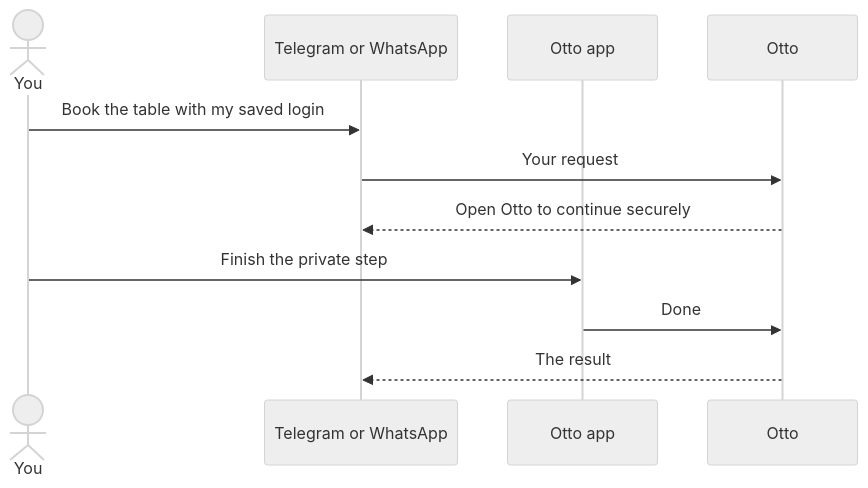
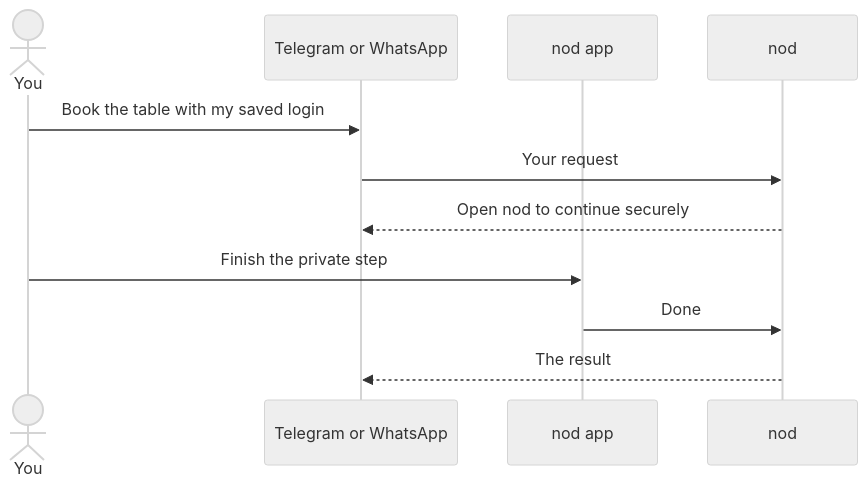
The diagram in docs/src/content/docs/use/channels.mdx (KrishBhimani/nod), drawn with Mermaid (neutral theme) before and after one commit. The commit also changed other lines of this file and 380 other files, not shown here.

Commit message:
feat!: rename Otto to nod (#398)

````diff
--- a/docs/src/content/docs/use/channels.mdx
+++ b/docs/src/content/docs/use/channels.mdx
@@ -82,13 +82,13 @@
 ```mermaid
 sequenceDiagram
   actor You
   participant Chat as Telegram or WhatsApp
-  participant App as Otto app
-  participant Otto
+  participant App as nod app
+  participant nod
   You->>Chat: Book the table with my saved login
-  Chat->>Otto: Your request
-  Otto-->>Chat: Open Otto to continue securely
+  Chat->>nod: Your request
+  nod-->>Chat: Open nod to continue securely
   You->>App: Finish the private step
-  App->>Otto: Done
-  Otto-->>Chat: The result
+  App->>nod: Done
+  nod-->>Chat: The result
 ```
````
